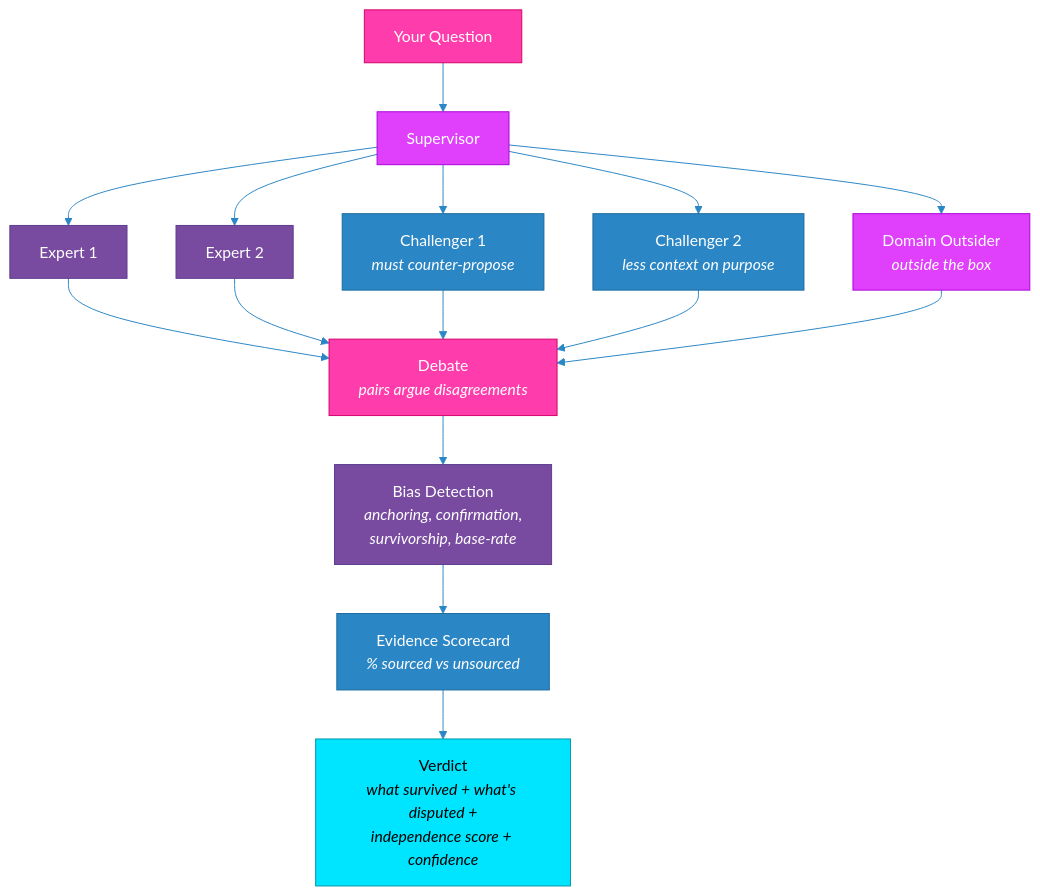
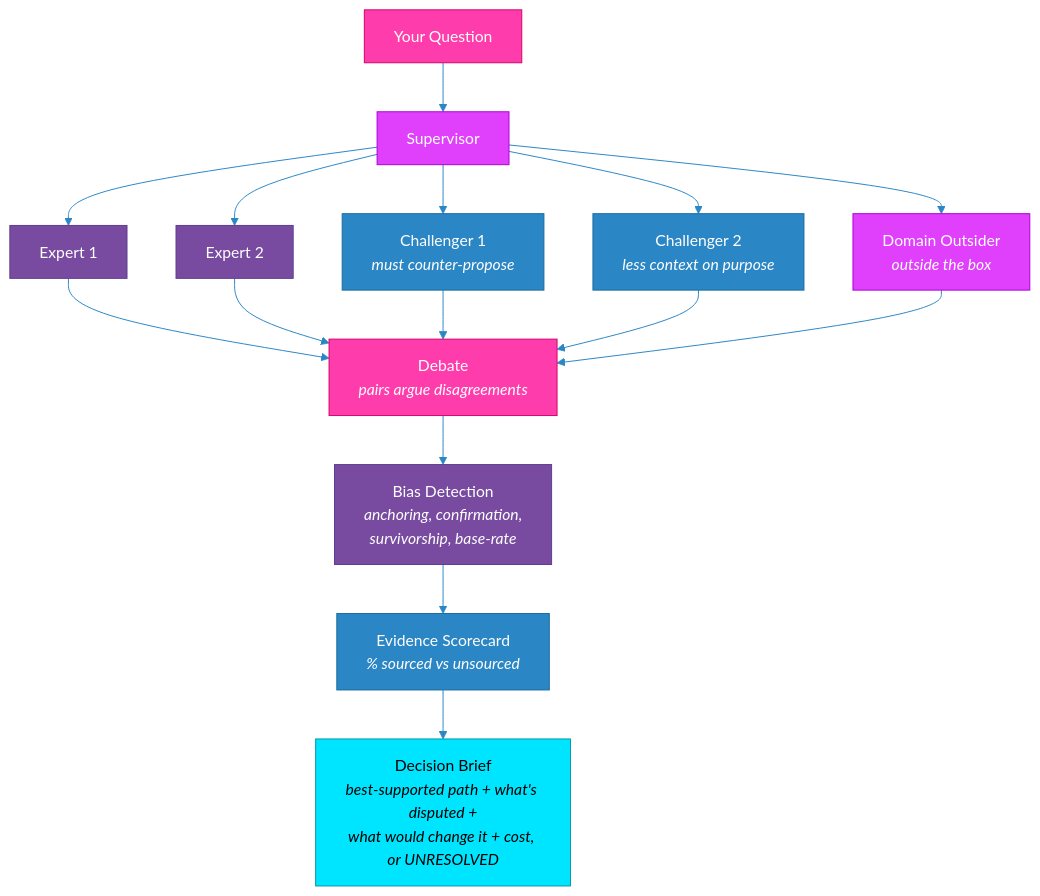
The seventh of 12 diagrams in README.md (qinnovates/quorum), drawn with Mermaid before and after one commit. The commit also changed other lines of this file and 16 other files, not shown here.

````diff
--- a/README.md
+++ b/README.md
@@ -275,26 +351,26 @@
 ```mermaid
 %%{init: {'theme': 'base', 'themeVariables': {'lineColor': '#2B86C5', 'background': '#0d1117'}}}%%
 graph TD
     Q["Your Question"] --> S["Supervisor"]
     S --> A1["Expert 1"]
     S --> A2["Expert 2"]
     S --> A3["Challenger 1<br/><i>must counter-propose</i>"]
     S --> A4["Challenger 2<br/><i>less context on purpose</i>"]
     S --> A5["Domain Outsider<br/><i>outside the box</i>"]
     A1 & A2 & A3 & A4 & A5 --> DB["Debate<br/><i>pairs argue disagreements</i>"]
     DB --> BI["Bias Detection<br/><i>anchoring, confirmation,<br/>survivorship, base-rate</i>"]
     BI --> SC["Evidence Scorecard<br/><i>% sourced vs unsourced</i>"]
-    SC --> V["Verdict<br/><i>what survived + what's disputed +<br/>independence score + confidence</i>"]
+    SC --> V["Decision Brief<br/><i>best-supported path + what's disputed +<br/>what would change it + cost, or UNRESOLVED</i>"]
 
     style Q fill:#FF3CAC,stroke:#D4006A,color:#fff
     style S fill:#E040FB,stroke:#AB00D9,color:#fff
     style A1 fill:#784BA0,stroke:#5C3D8F,color:#fff
     style A2 fill:#784BA0,stroke:#5C3D8F,color:#fff
     style A3 fill:#2B86C5,stroke:#1A6B9E,color:#fff
     style A4 fill:#2B86C5,stroke:#1A6B9E,color:#fff
     style A5 fill:#E040FB,stroke:#AB00D9,color:#fff
     style DB fill:#FF3CAC,stroke:#D4006A,color:#fff
     style BI fill:#784BA0,stroke:#5C3D8F,color:#fff
     style SC fill:#2B86C5,stroke:#1A6B9E,color:#fff
     style V fill:#00E5FF,stroke:#0097A7,color:#000
 ```
````
